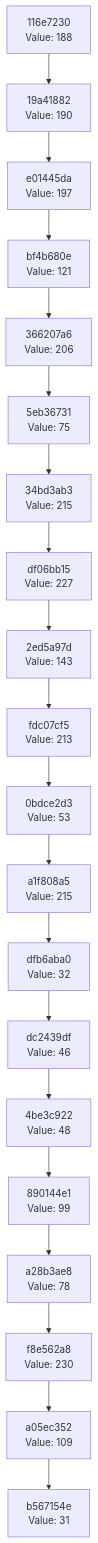
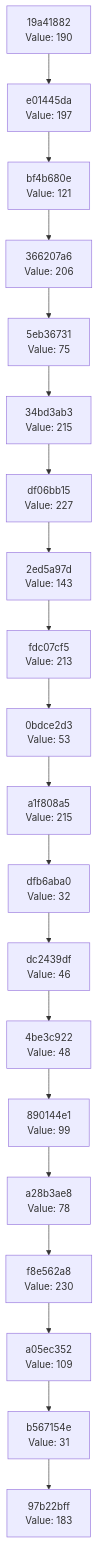
One commit to Abhisheksinha1506/hash-chain-evolver changed the diagram in docs/CHAIN_VISUALIZATION.md. Above: the diagram before and after it, drawn with Mermaid. The commit also changed 2 other files, not shown here.

Commit message:
Evolution Step

````diff
--- a/docs/CHAIN_VISUALIZATION.md
+++ b/docs/CHAIN_VISUALIZATION.md
@@ -3,42 +3,42 @@
 ```mermaid
 graph TD
-    C0["b567154e<br/>Value: 31"]
-    C1["a05ec352<br/>Value: 109"]
+    C0["97b22bff<br/>Value: 183"]
+    C1["b567154e<br/>Value: 31"]
     C1 --> C0
-    C2["f8e562a8<br/>Value: 230"]
+    C2["a05ec352<br/>Value: 109"]
     C2 --> C1
-    C3["a28b3ae8<br/>Value: 78"]
+    C3["f8e562a8<br/>Value: 230"]
     C3 --> C2
-    C4["890144e1<br/>Value: 99"]
+    C4["a28b3ae8<br/>Value: 78"]
     C4 --> C3
-    C5["4be3c922<br/>Value: 48"]
+    C5["890144e1<br/>Value: 99"]
     C5 --> C4
-    C6["dc2439df<br/>Value: 46"]
+    C6["4be3c922<br/>Value: 48"]
     C6 --> C5
-    C7["dfb6aba0<br/>Value: 32"]
+    C7["dc2439df<br/>Value: 46"]
     C7 --> C6
-    C8["a1f808a5<br/>Value: 215"]
+    C8["dfb6aba0<br/>Value: 32"]
     C8 --> C7
-    C9["0bdce2d3<br/>Value: 53"]
+    C9["a1f808a5<br/>Value: 215"]
     C9 --> C8
-    C10["fdc07cf5<br/>Value: 213"]
+    C10["0bdce2d3<br/>Value: 53"]
     C10 --> C9
-    C11["2ed5a97d<br/>Value: 143"]
+    C11["fdc07cf5<br/>Value: 213"]
     C11 --> C10
-    C12["df06bb15<br/>Value: 227"]
+    C12["2ed5a97d<br/>Value: 143"]
     C12 --> C11
-    C13["34bd3ab3<br/>Value: 215"]
+    C13["df06bb15<br/>Value: 227"]
     C13 --> C12
-    C14["5eb36731<br/>Value: 75"]
+    C14["34bd3ab3<br/>Value: 215"]
     C14 --> C13
-    C15["366207a6<br/>Value: 206"]
+    C15["5eb36731<br/>Value: 75"]
     C15 --> C14
-    C16["bf4b680e<br/>Value: 121"]
+    C16["366207a6<br/>Value: 206"]
     C16 --> C15
-    C17["e01445da<br/>Value: 197"]
+    C17["bf4b680e<br/>Value: 121"]
     C17 --> C16
-    C18["19a41882<br/>Value: 190"]
+    C18["e01445da<br/>Value: 197"]
     C18 --> C17
-    C19["116e7230<br/>Value: 188"]
+    C19["19a41882<br/>Value: 190"]
     C19 --> C18
 ```
````
